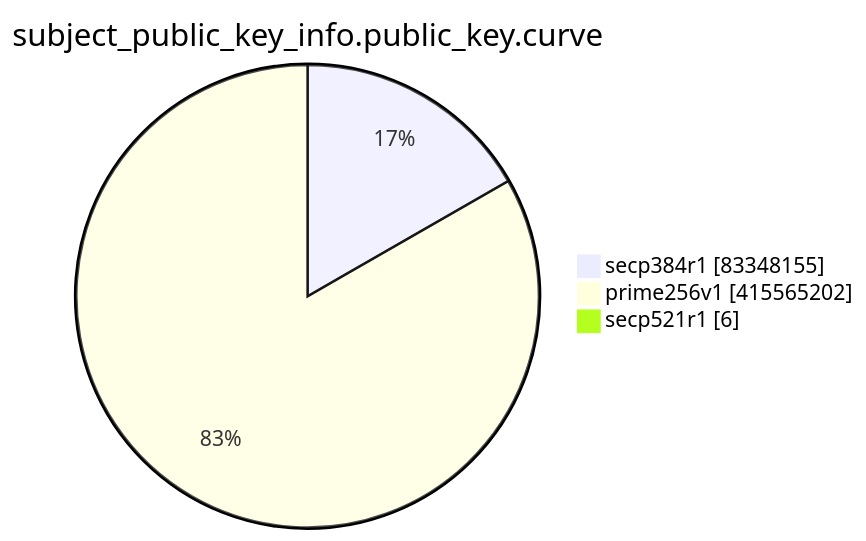
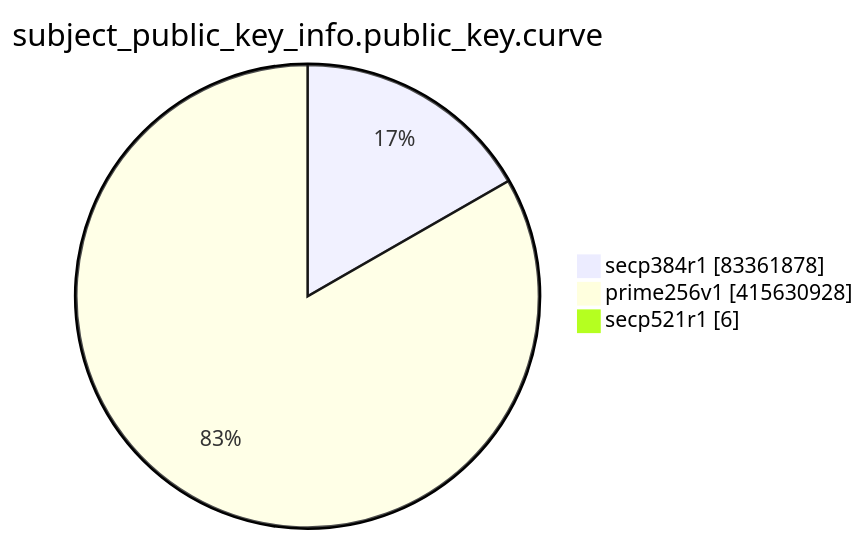
One commit to christiankrug/ctmonitor_visualization changed the eighth of 15 diagrams in TOTAL/README.md. Above: the diagram before and after it, drawn with Mermaid. The commit also changed other lines of this file, not shown here.

````diff
--- a/TOTAL/README.md
+++ b/TOTAL/README.md
@@ -3098,7 +3098,7 @@
 ```mermaid
 pie showData
 title subject_public_key_info.public_key.curve
-"secp384r1" :83348155
-"prime256v1" :415565202
+"secp384r1" :83361878
+"prime256v1" :415630928
 "secp521r1" :6
 ```
````
